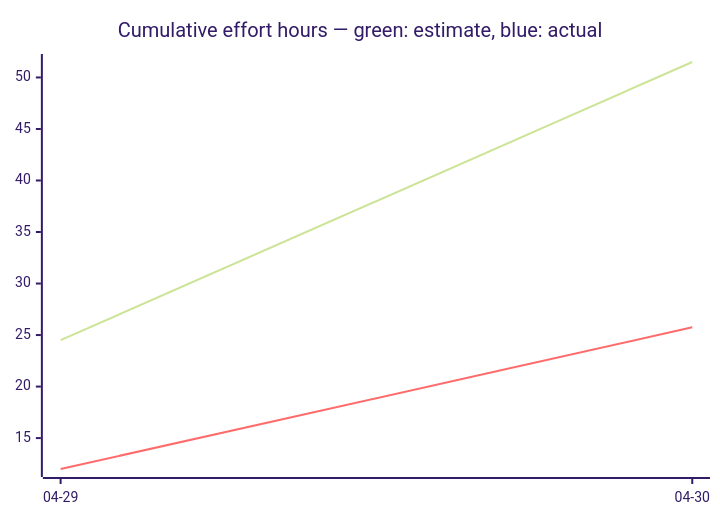
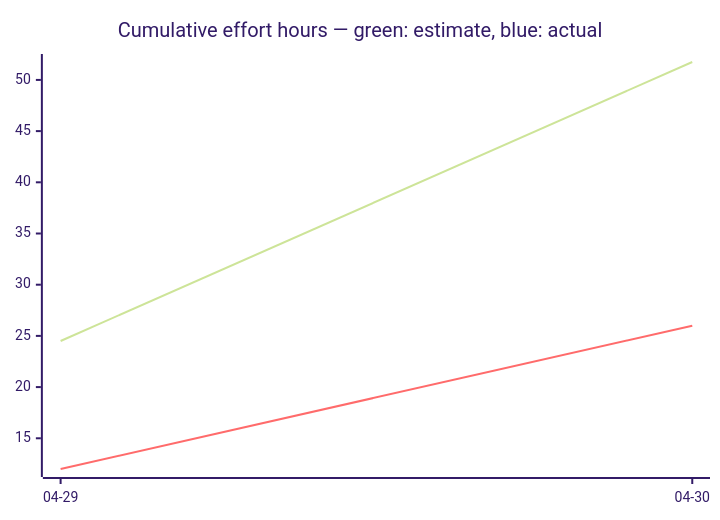
One commit to tgd1975/AwesomeStudioPedal changed the third of 3 diagrams in docs/developers/tasks/OVERVIEW.md. Above: the diagram before and after it, drawn with Mermaid (forest theme). The commit also changed other lines of this file and 3 other files, not shown here.

````diff
--- a/docs/developers/tasks/OVERVIEW.md
+++ b/docs/developers/tasks/OVERVIEW.md
@@ -38,7 +38,7 @@
 ```mermaid
 xychart-beta
     title "Cumulative effort hours — green: estimate, blue: actual"
     x-axis ["04-29", "04-30"]
-    line [24.5, 51.5]
-    line [12, 25.75]
+    line [24.5, 51.75]
+    line [12, 26]
 ```
````
